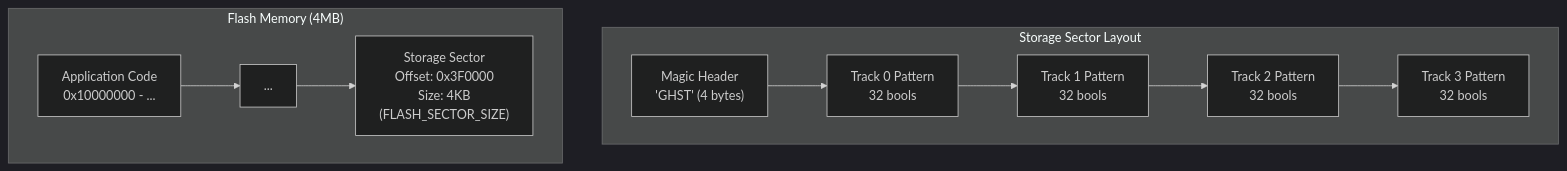
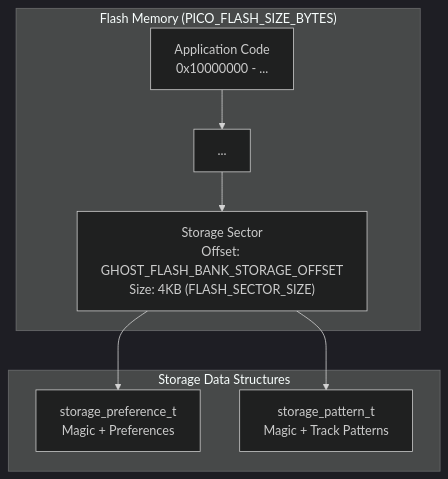
The second of 3 diagrams in wiki/8-infrastructure.md (Jus-Be/orinayo-pico), drawn with Mermaid (dark theme) before and after one commit. The commit also changed other lines of this file and 42 other files, not shown here.

````diff
--- a/wiki/8-infrastructure.md
+++ b/wiki/8-infrastructure.md
@@ -142,32 +103,25 @@
 ```mermaid
 flowchart TD
 
-MagicHeader["Magic Header<br>'GHST' (4 bytes)"]
-Track0["Track 0 Pattern<br>32 bools"]
-Track1["Track 1 Pattern<br>32 bools"]
-Track2["Track 2 Pattern<br>32 bools"]
-Track3["Track 3 Pattern<br>32 bools"]
 Application["Application Code<br>0x10000000 - ..."]
 Reserved["..."]
-StorageSector["Storage Sector<br>Offset: 0x3F0000<br>Size: 4KB<br>(FLASH_SECTOR_SIZE)"]
+StorageSector["Storage Sector<br>Offset: GHOST_FLASH_BANK_STORAGE_OFFSET<br>Size: 4KB (FLASH_SECTOR_SIZE)"]
+Pref["storage_preference_t<br>Magic + Preferences"]
+Pattern["storage_pattern_t<br>Magic + Track Patterns"]
 
-subgraph subGraph1 ["Storage Sector Layout"]
-    MagicHeader
-    Track0
-    Track1
-    Track2
-    Track3
-    MagicHeader --> Track0
-    Track0 --> Track1
-    Track1 --> Track2
-    Track2 --> Track3
+StorageSector --> Pref
+StorageSector --> Pattern
+
+subgraph subGraph1 ["Storage Data Structures"]
+    Pref
+    Pattern
 end
 
-subgraph subGraph0 ["Flash Memory (4MB)"]
+subgraph subGraph0 ["Flash Memory (PICO_FLASH_SIZE_BYTES)"]
     Application
     Reserved
     StorageSector
     Application --> Reserved
     Reserved --> StorageSector
 end
 ```
````
